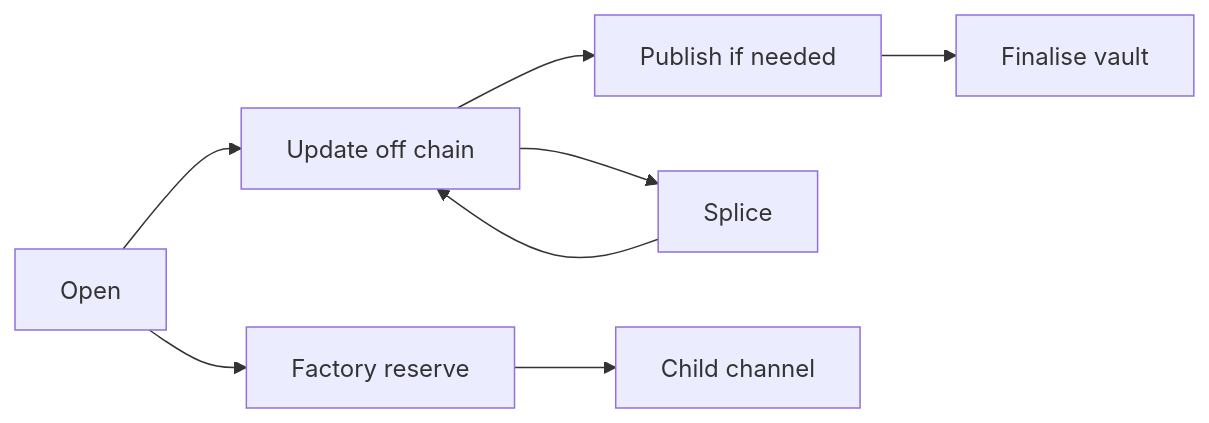
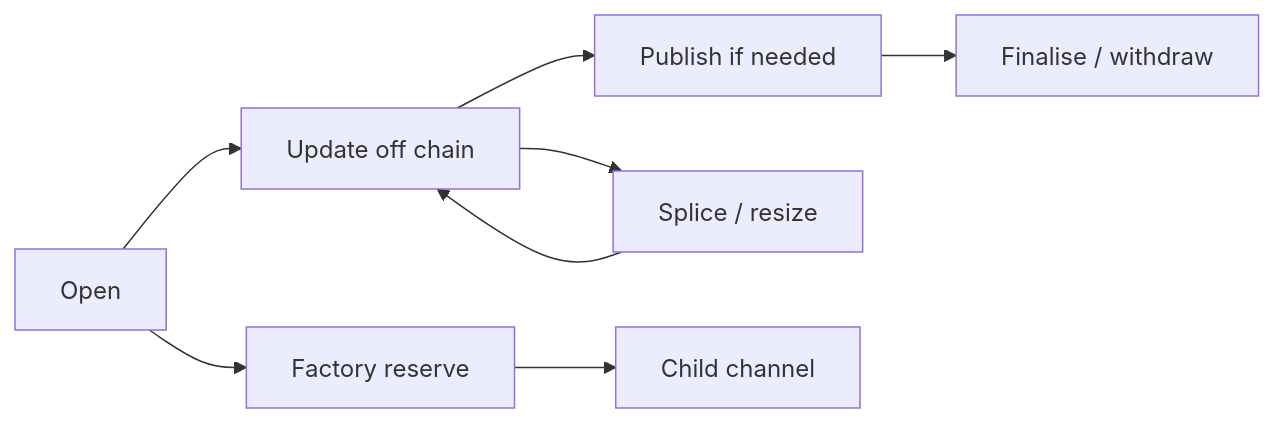
Before and after one commit to a19q3/Morph: the second of 2 diagrams in README.md, drawn with Mermaid. The commit also changed other lines of this file, not shown here.

````diff
--- a/README.md
+++ b/README.md
@@ -77,10 +75,10 @@
 ```mermaid
 flowchart LR
-    O["Open"] --> U["Update off chain"]
-    U --> P["Publish if needed"]
-    P --> F["Finalise vault"]
-    U --> S["Splice"]
-    S --> U
-    O --> X["Factory reserve"]
-    X --> C["Child channel"]
+    A["Open"] --> B["Update off chain"]
+    B --> C["Publish if needed"]
+    C --> D["Finalise / withdraw"]
+    B --> E["Splice / resize"]
+    E --> B
+    A --> F["Factory reserve"]
+    F --> G["Child channel"]
 ```
````
